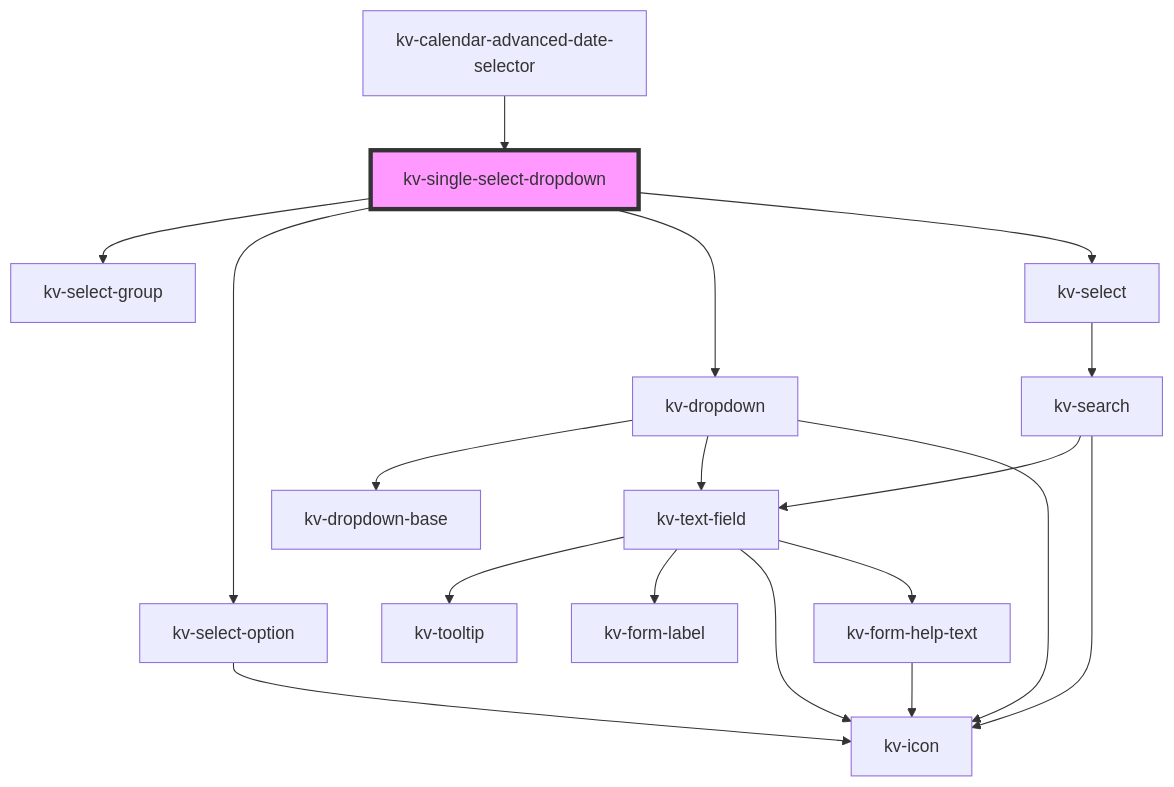
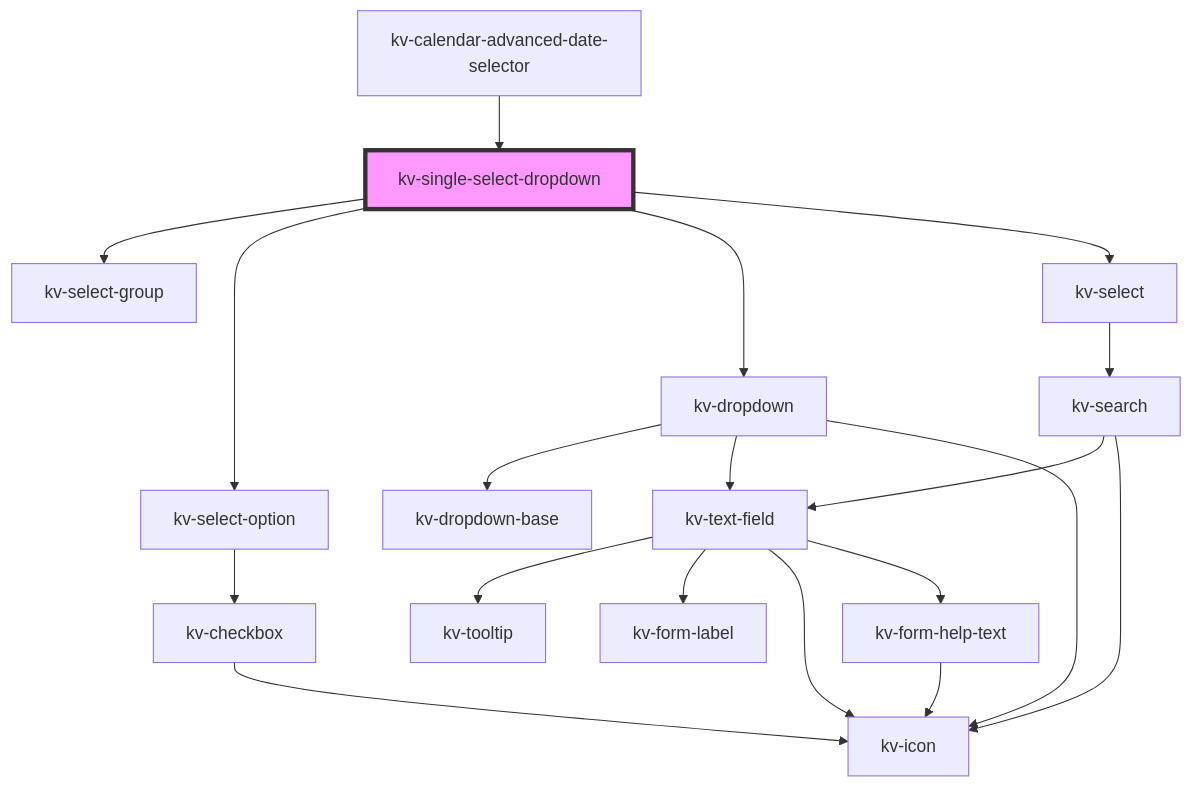
Before and after one commit to kelvininc/ui-components: the diagram in packages/ui-components/src/components/single-select-dropdown/readme.md, drawn with Mermaid. The commit also changed 21 other files, not shown here.

````diff
--- a/packages/ui-components/src/components/single-select-dropdown/readme.md
+++ b/packages/ui-components/src/components/single-select-dropdown/readme.md
@@ -102,21 +102,22 @@
 ```mermaid
 graph TD;
   kv-single-select-dropdown --> kv-select-group
   kv-single-select-dropdown --> kv-select-option
   kv-single-select-dropdown --> kv-dropdown
   kv-single-select-dropdown --> kv-select
-  kv-select-option --> kv-icon
+  kv-select-option --> kv-checkbox
+  kv-checkbox --> kv-icon
   kv-dropdown --> kv-dropdown-base
   kv-dropdown --> kv-text-field
   kv-dropdown --> kv-icon
   kv-text-field --> kv-tooltip
   kv-text-field --> kv-form-label
   kv-text-field --> kv-icon
   kv-text-field --> kv-form-help-text
   kv-form-help-text --> kv-icon
   kv-select --> kv-search
   kv-search --> kv-text-field
   kv-search --> kv-icon
   kv-calendar-advanced-date-selector --> kv-single-select-dropdown
   style kv-single-select-dropdown fill:#f9f,stroke:#333,stroke-width:4px
 ```
````
